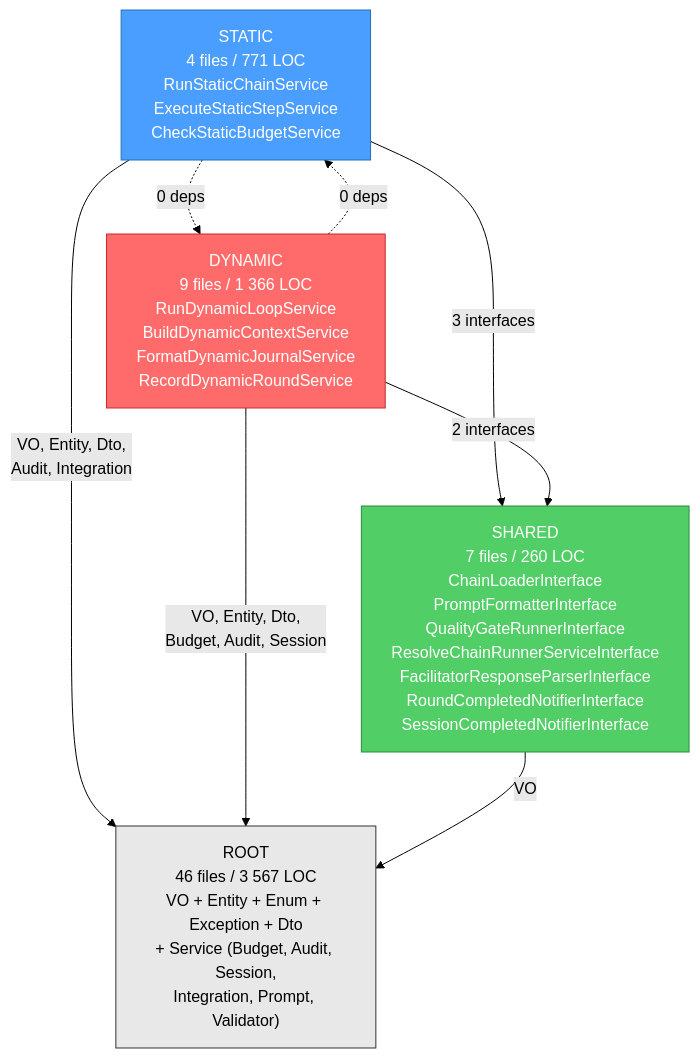
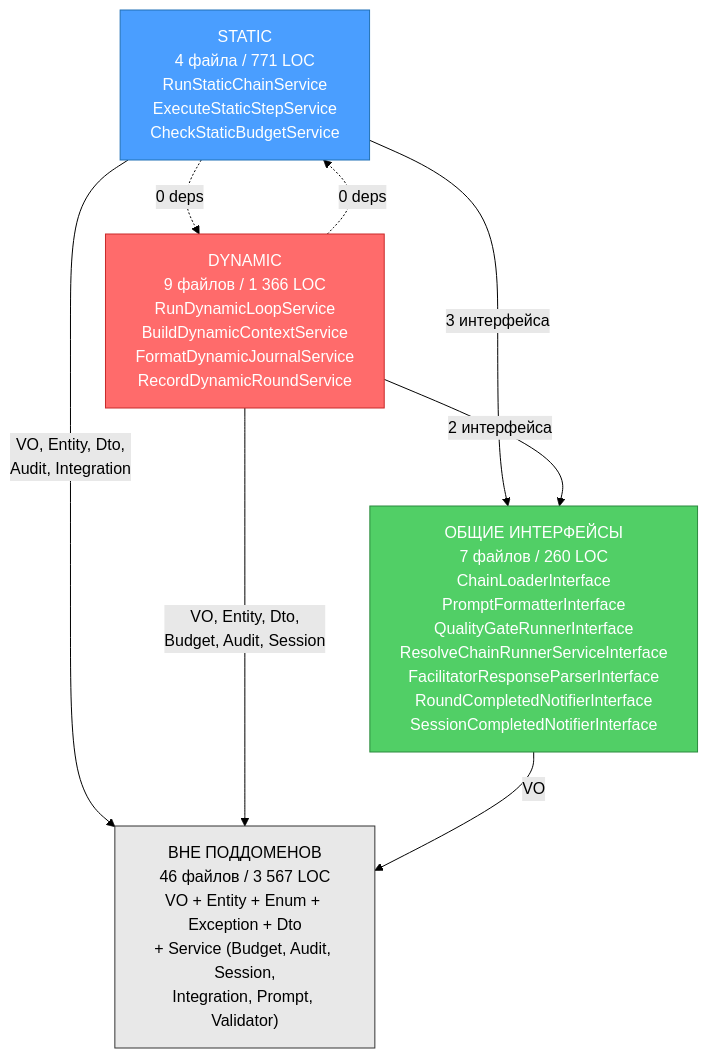
Before and after one commit to prikotov/task-orchestrator: the first of 2 diagrams in docs/releases/domain-inventory-orchestrator.md, drawn with Mermaid (forest theme). The commit also changed other lines of this file and 18 other files, not shown here.

````diff
--- a/docs/releases/domain-inventory-orchestrator.md
+++ b/docs/releases/domain-inventory-orchestrator.md
@@ -335,22 +335,22 @@
 ```mermaid
 graph TD
-    ROOT["ROOT<br/>46 files / 3 567 LOC<br/>VO + Entity + Enum + Exception + Dto<br/>+ Service (Budget, Audit, Session,<br/>Integration, Prompt, Validator)"]
+    A["ВНЕ ПОДДОМЕНОВ<br/>46 файлов / 3 567 LOC<br/>VO + Entity + Enum + Exception + Dto<br/>+ Service (Budget, Audit, Session,<br/>Integration, Prompt, Validator)"]
 
-    STATIC["STATIC<br/>4 files / 771 LOC<br/>RunStaticChainService<br/>ExecuteStaticStepService<br/>CheckStaticBudgetService"]
-    DYNAMIC["DYNAMIC<br/>9 files / 1 366 LOC<br/>RunDynamicLoopService<br/>BuildDynamicContextService<br/>FormatDynamicJournalService<br/>RecordDynamicRoundService"]
-    SHARED["SHARED<br/>7 files / 260 LOC<br/>ChainLoaderInterface<br/>PromptFormatterInterface<br/>QualityGateRunnerInterface<br/>ResolveChainRunnerServiceInterface<br/>FacilitatorResponseParserInterface<br/>RoundCompletedNotifierInterface<br/>SessionCompletedNotifierInterface"]
+    STATIC["STATIC<br/>4 файла / 771 LOC<br/>RunStaticChainService<br/>ExecuteStaticStepService<br/>CheckStaticBudgetService"]
+    DYNAMIC["DYNAMIC<br/>9 файлов / 1 366 LOC<br/>RunDynamicLoopService<br/>BuildDynamicContextService<br/>FormatDynamicJournalService<br/>RecordDynamicRoundService"]
+    B["ОБЩИЕ ИНТЕРФЕЙСЫ<br/>7 файлов / 260 LOC<br/>ChainLoaderInterface<br/>PromptFormatterInterface<br/>QualityGateRunnerInterface<br/>ResolveChainRunnerServiceInterface<br/>FacilitatorResponseParserInterface<br/>RoundCompletedNotifierInterface<br/>SessionCompletedNotifierInterface"]
 
-    STATIC -->|"VO, Entity, Dto,<br/>Audit, Integration"| ROOT
-    STATIC -->|"3 interfaces"| SHARED
-    DYNAMIC -->|"VO, Entity, Dto,<br/>Budget, Audit, Session"| ROOT
-    DYNAMIC -->|"2 interfaces"| SHARED
-    SHARED -->|"VO"| ROOT
+    STATIC -->|"VO, Entity, Dto,<br/>Audit, Integration"| A
+    STATIC -->|"3 интерфейса"| B
+    DYNAMIC -->|"VO, Entity, Dto,<br/>Budget, Audit, Session"| A
+    DYNAMIC -->|"2 интерфейса"| B
+    B -->|"VO"| A
 
     STATIC -.->|"0 deps"| DYNAMIC
     DYNAMIC -.->|"0 deps"| STATIC
 
-    style ROOT fill:#e8e8e8,stroke:#333
+    style A fill:#e8e8e8,stroke:#333
     style STATIC fill:#4a9eff,stroke:#2171b5,color:#fff
     style DYNAMIC fill:#ff6b6b,stroke:#c92a2a,color:#fff
-    style SHARED fill:#51cf66,stroke:#2b8a3e,color:#fff
+    style B fill:#51cf66,stroke:#2b8a3e,color:#fff
 ```
````
